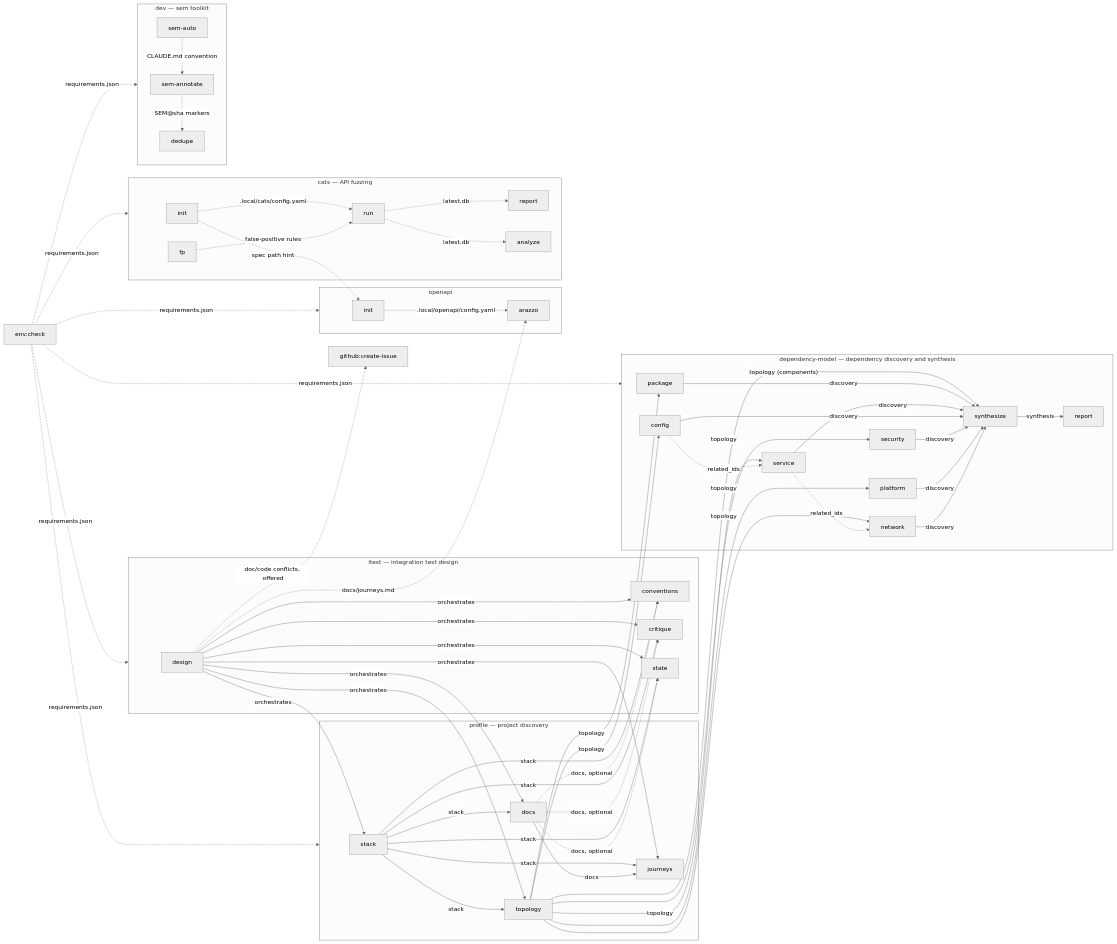
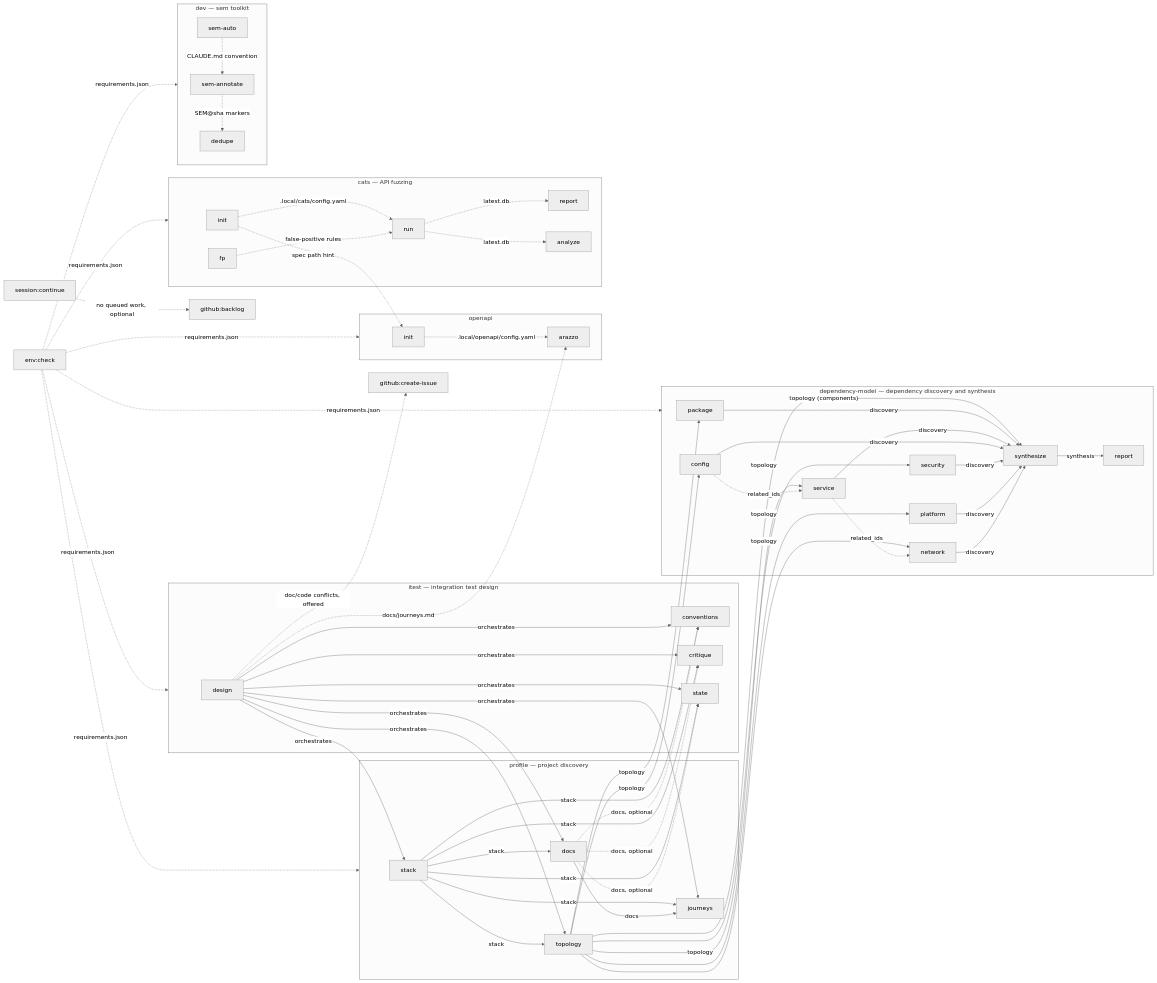
Before and after one commit to ericfitz/skills: the diagram in docs/ARCHITECTURE.md, drawn with Mermaid (neutral theme). The commit also changed other lines of this file and 3 other files, not shown here.

First line of the commit message:
feat(session): continue hands off to github:backlog when nothing is queued

```diff
--- a/docs/ARCHITECTURE.md
+++ b/docs/ARCHITECTURE.md
@@ -78,6 +78,8 @@
   end
 
   gh["github:create-issue"]
+  ghb["github:backlog"]
+  sess["session:continue"]
   envchk["env:check"]
 
   p_stack -- "stack" --> p_docs
@@ -100,6 +102,7 @@
   i_design -- "orchestrates" --> i_crit
   i_design -- "orchestrates" --> i_state
   i_design -. "doc/code conflicts, offered" .-> gh
+  sess -. "no queued work, optional" .-> ghb
 
   i_design -. "docs/journeys.md" .-> o_arazzo
   o_init -. ".local/openapi/config.yaml" .-> o_arazzo
```
